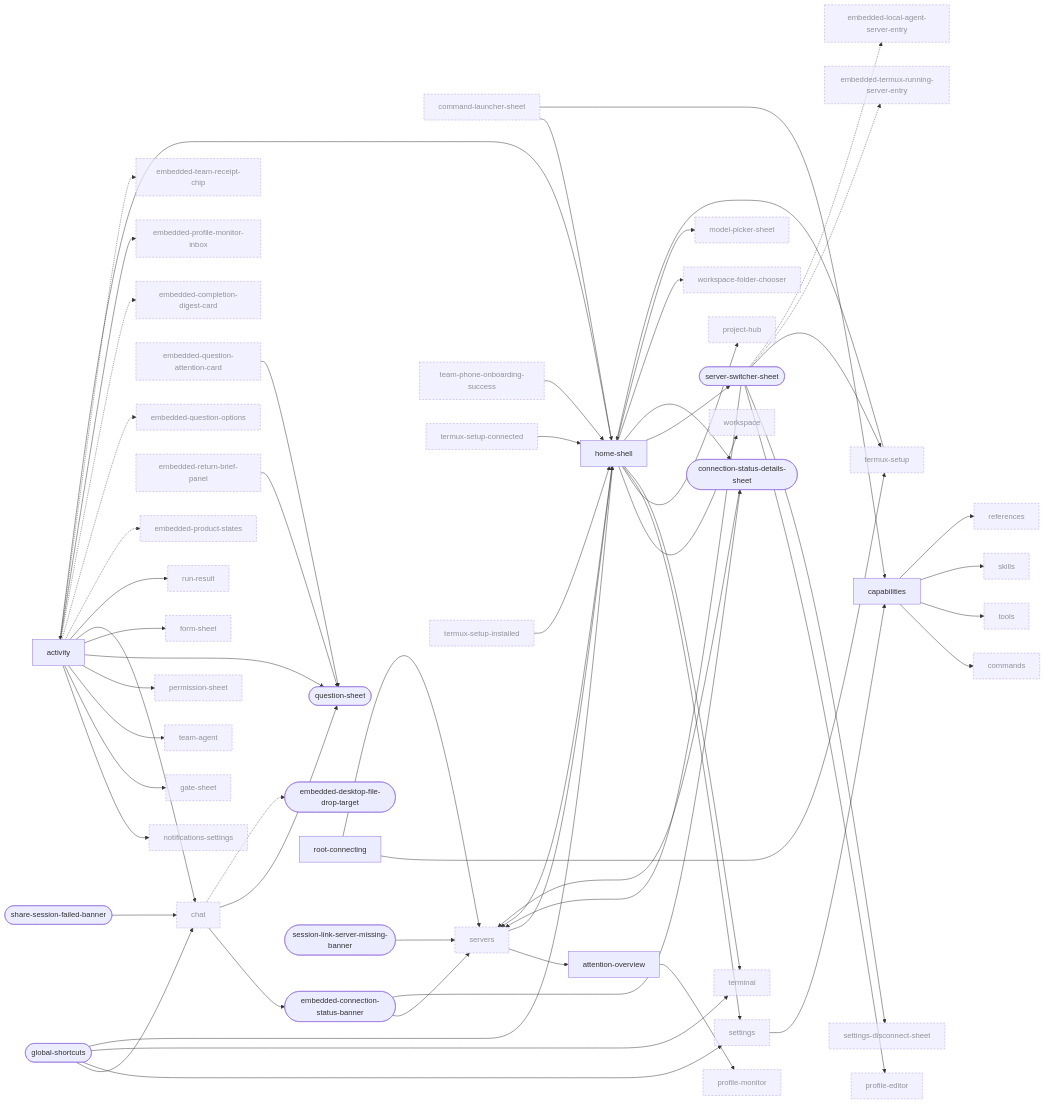
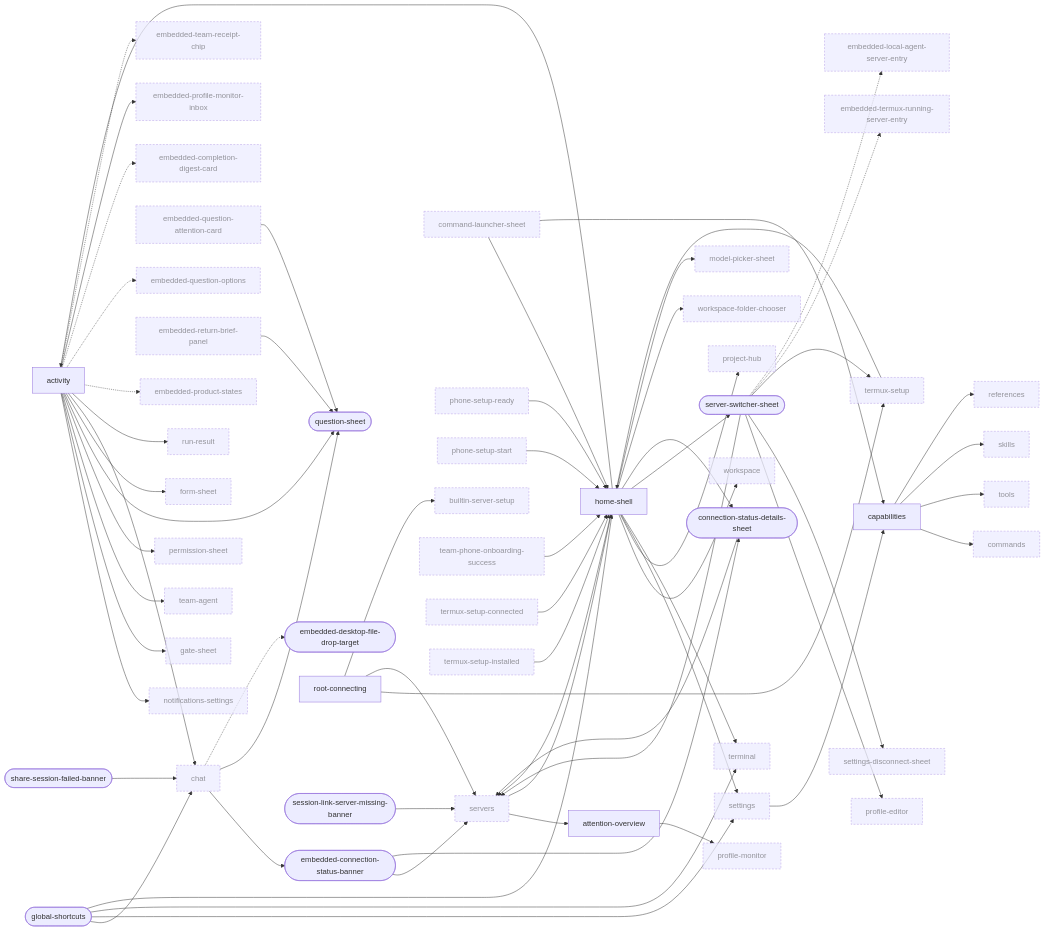
Before and after one commit to Breskott/opencode-mobile-next: the first of 10 diagrams in docs/design/ui-ledger/navigation.md, drawn with Mermaid. The commit also changed other lines of this file and 8 other files, not shown here.

First line of the commit message:
docs(ui-ledger): pages and helpers from the setup, AI Team, chat and phone-server merges; Claude Code page searchable [skip ci]

```diff
--- a/docs/design/ui-ledger/navigation.md
+++ b/docs/design/ui-ledger/navigation.md
@@ -22,6 +22,7 @@
 graph LR
   activity["activity"]
   attention_overview["attention-overview"]
+  builtin_server_setup["builtin-server-setup"]:::ext
   capabilities["capabilities"]
   chat["chat"]:::ext
   command_launcher_sheet["command-launcher-sheet"]:::ext
@@ -45,6 +46,8 @@
   model_picker_sheet["model-picker-sheet"]:::ext
   notifications_settings["notifications-settings"]:::ext
   permission_sheet["permission-sheet"]:::ext
+  phone_setup_ready["phone-setup-ready"]:::ext
+  phone_setup_start["phone-setup-start"]:::ext
   profile_editor["profile-editor"]:::ext
   profile_monitor["profile-monitor"]:::ext
   project_hub["project-hub"]:::ext
@@ -113,6 +116,8 @@
   servers --> home_shell
   termux_setup_connected --> home_shell
   termux_setup_installed --> home_shell
+  phone_setup_start --> home_shell
+  phone_setup_ready --> home_shell
   team_phone_onboarding_success --> home_shell
   settings --> capabilities
   home_shell --> workspace_folder_chooser
@@ -125,6 +130,7 @@
   activity --> embedded_profile_monitor_inbox
   server_switcher_sheet -.-> embedded_termux_running_server_entry
   server_switcher_sheet -.-> embedded_local_agent_server_entry
+  root_connecting --> builtin_server_setup
   activity -.-> embedded_team_receipt_chip
   home_shell --> model_picker_sheet
   classDef ext stroke-dasharray: 4 3,opacity:0.7
```
